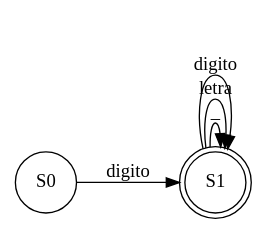
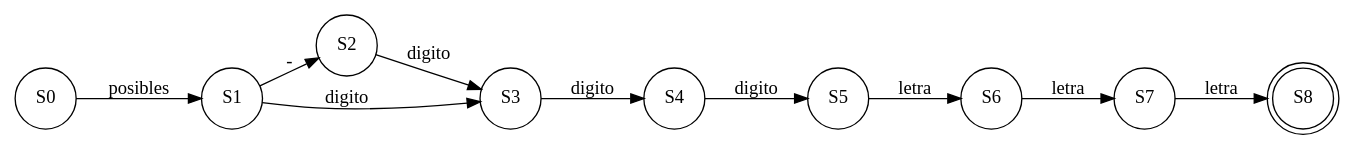
One commit to RojasCJP/Proyecto1_Compi1 changed the diagram in out/production/Proyecto1/Graphviz/AFD12.dot. Above: the diagram before and after it, drawn with Graphviz. The commit also changed 456 other files, not shown here.

```diff
--- a/out/production/Proyecto1/Graphviz/AFD12.dot
+++ b/out/production/Proyecto1/Graphviz/AFD12.dot
@@ -1,8 +1,13 @@
 digraph structs {
 rankdir=LR;
-node [shape=doublecircle];S1;
-node [shape=circle];S0->S1[label="digito"];
-S1->S1[label="_"];
-S1->S1[label="letra"];
-S1->S1[label="digito"];
+node [shape=doublecircle];S8;
+node [shape=circle];S0->S1[label="posibles"];
+S1->S2[label="-"];
+S1->S3[label="digito"];
+S2->S3[label="digito"];
+S3->S4[label="digito"];
+S4->S5[label="digito"];
+S5->S6[label="letra"];
+S6->S7[label="letra"];
+S7->S8[label="letra"];
 }
```
